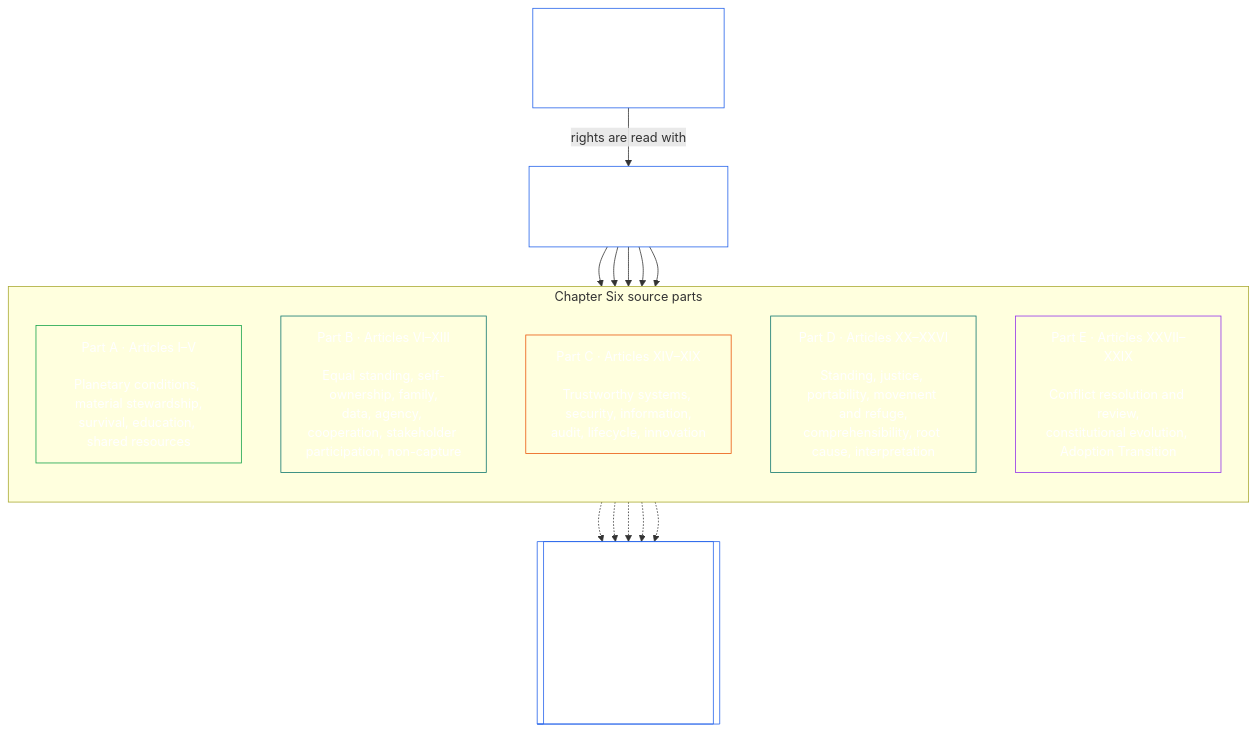
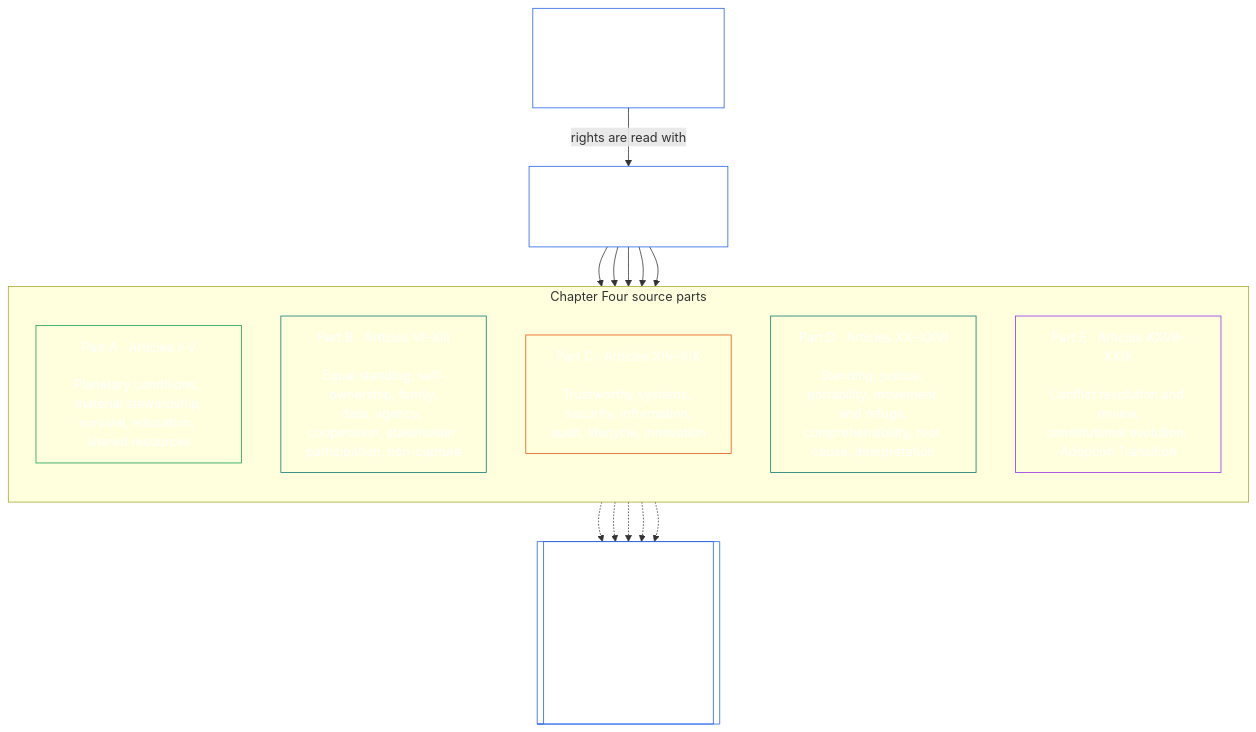
Before and after one commit to kfoelsch/Sentient_Constitution: the sixth of 24 diagrams in guides/CONCEPTUAL_OVERVIEW.md, drawn with Mermaid. The commit also changed other lines of this file and 638 other files, not shown here.

````diff
--- a/guides/CONCEPTUAL_OVERVIEW.md
+++ b/guides/CONCEPTUAL_OVERVIEW.md
@@ -307,33 +307,33 @@
 ```mermaid
 flowchart TB
     T["Constitutional Tetrad<br/><br/>Two Constitutional Aims<br/>Scaled to material stake"]
-    R["Chapter Six<br/><br/>Foundational Rights Floor"]
-    subgraph Parts["Chapter Six source parts"]
+    R["Chapter Four<br/><br/>Foundational Rights Floor"]
+    subgraph Parts["Chapter Four source parts"]
         direction TB
         A["Part A · Articles I–V<br/><br/>Planetary conditions, material stewardship,<br/>survival, education, shared resources"]
         B["Part B · Articles VI–XIII<br/><br/>Equal standing, self-ownership, family,<br/>data, agency, cooperation, stakeholder participation, non-capture"]
         C["Part C · Articles XIV–XIX<br/><br/>Trustworthy systems, security, information,<br/>audit, lifecycle, innovation"]
         D["Part D · Articles XX–XXVI<br/><br/>Standing, justice, portability, movement and refuge,<br/>comprehensibility, root cause, interpretation"]
         E["Part E · Articles XXVII–XXIX<br/><br/>Conflict resolution and review,<br/>constitutional evolution, Adoption Transition"]
     end
     P[["Later governance, measurement, certification,<br/>forums, remedy, and implementation<br/><br/>Outside this chapter; must respect the Rights Floor"]]
     T -->|rights are read with| R
     R --> A
     R --> B
     R --> C
     R --> D
     R --> E
     A -.-> P
     B -.-> P
     C -.-> P
     D -.-> P
     E -.-> P
     style T fill:none,stroke:#2563eb,color:#ffffff
     style R fill:none,stroke:#2563eb,color:#ffffff
     style A fill:none,stroke:#16a34a,color:#ffffff
     style B fill:none,stroke:#0f766e,color:#ffffff
     style C fill:none,stroke:#ea580c,color:#ffffff
     style D fill:none,stroke:#0f766e,color:#ffffff
     style E fill:none,stroke:#9333ea,color:#ffffff
     style P fill:none,stroke:#2563eb,color:#ffffff
 ```
````
